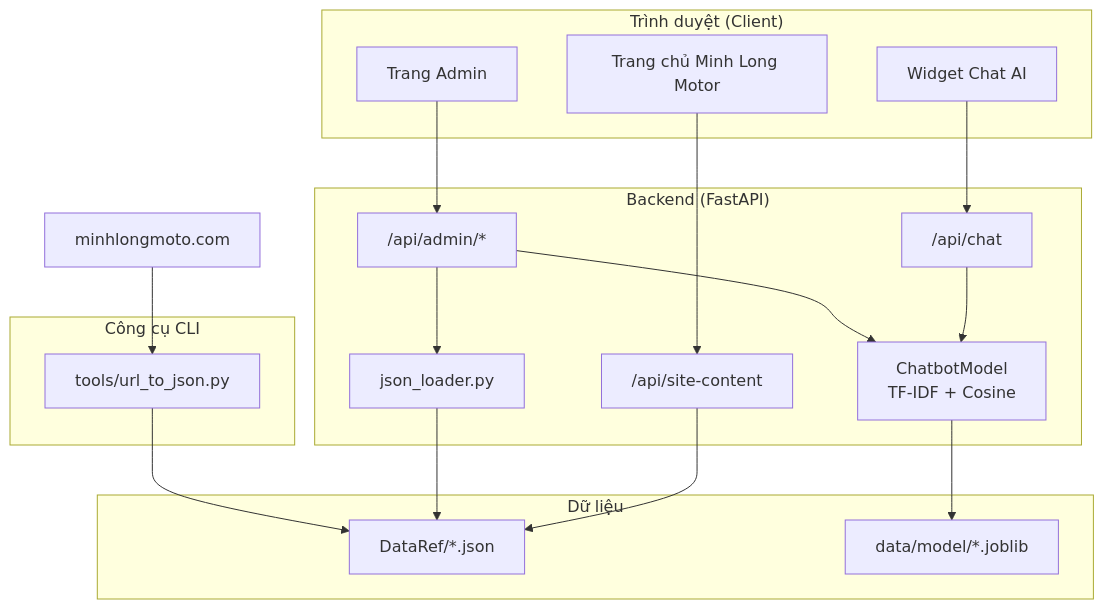
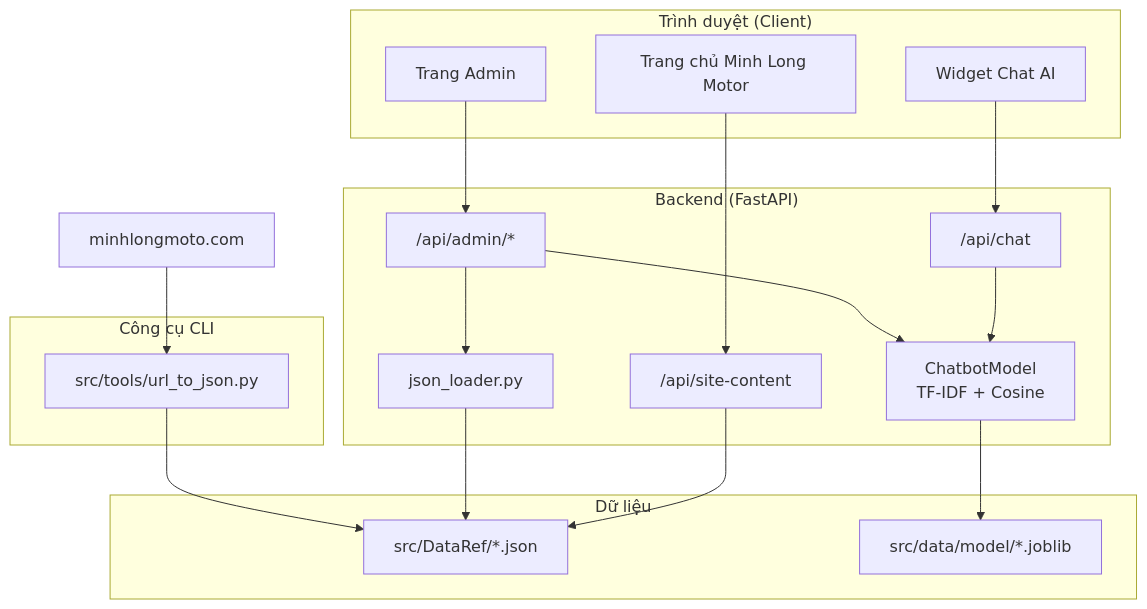
The second of 12 diagrams in Report/NHOM12_PHATTRIENHETHONGTHONGMINH.md (huyht080288/MotorcycleAdvisorChatbot), drawn with Mermaid before and after one commit. The commit also changed other lines of this file and 37 other files, not shown here.

````diff
--- a/Report/NHOM12_PHATTRIENHETHONGTHONGMINH.md
+++ b/Report/NHOM12_PHATTRIENHETHONGTHONGMINH.md
@@ -116,39 +116,39 @@
 ```mermaid
 flowchart TB
     subgraph Client["Trình duyệt (Client)"]
         UI[Trang chủ Minh Long Motor]
         Chat[Widget Chat AI]
         Admin[Trang Admin]
     end
 
     subgraph Server["Backend (FastAPI)"]
         API_Chat["/api/chat"]
         API_Admin["/api/admin/*"]
         API_Site["/api/site-content"]
         AI[ChatbotModel<br/>TF-IDF + Cosine]
         Loader[json_loader.py]
     end
 
     subgraph Data["Dữ liệu"]
-        JSON[DataRef/*.json]
-        Model[data/model/*.joblib]
+        JSON[src/DataRef/*.json]
+        Model[src/data/model/*.joblib]
     end
 
     subgraph Tools["Công cụ CLI"]
-        Scraper[tools/url_to_json.py]
+        Scraper[src/tools/url_to_json.py]
     end
 
     URL[minhlongmoto.com] --> Scraper
     Scraper --> JSON
 
     UI --> API_Site
     Chat --> API_Chat
     Admin --> API_Admin
 
     API_Admin --> Loader
     Loader --> JSON
     API_Admin --> AI
     API_Chat --> AI
     AI --> Model
     API_Site --> JSON
 ```
````
